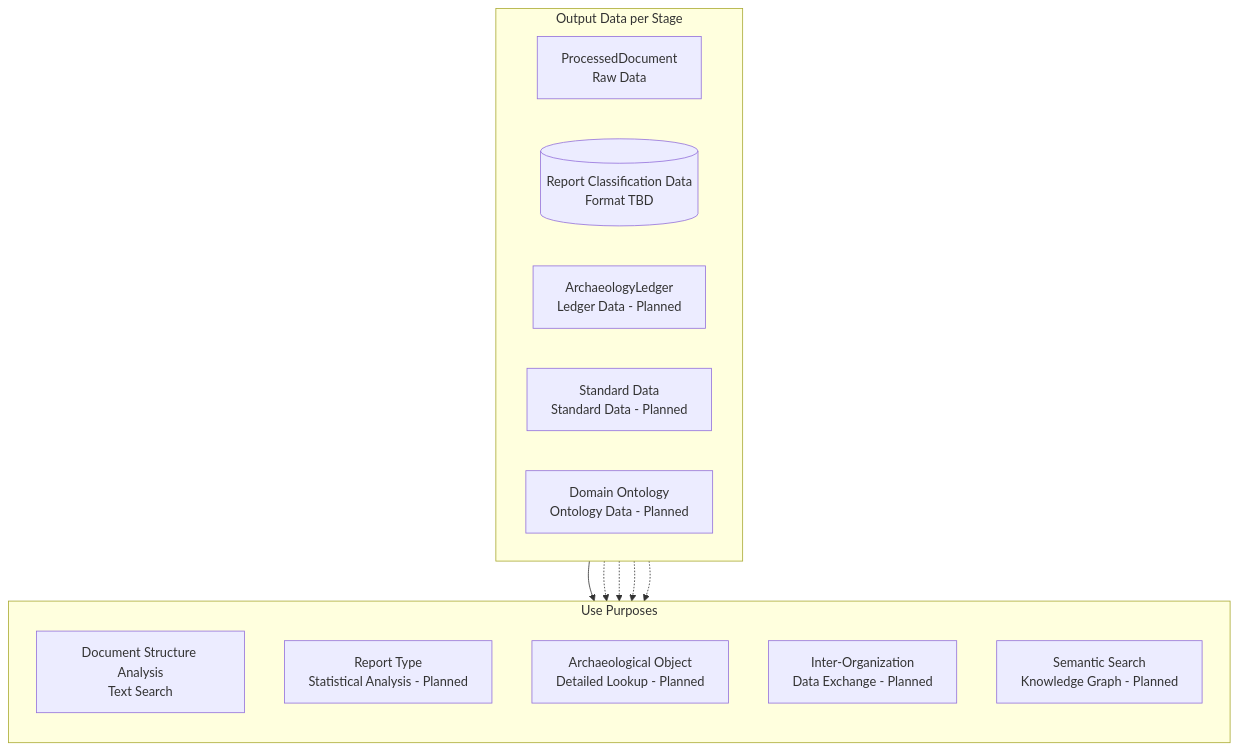
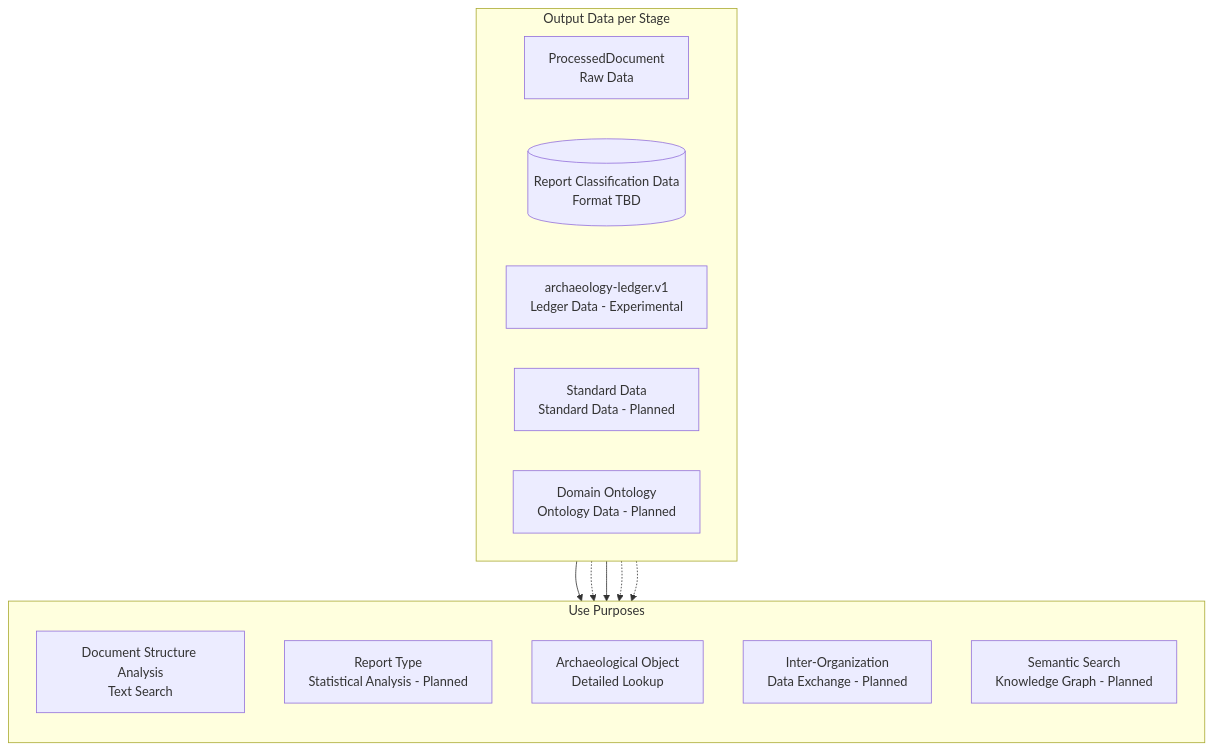
The sixth of 6 diagrams in docs/architecture.md (heripo-lab/heripo-engine), drawn with Mermaid before and after one commit. The commit also changed other lines of this file and 12 other files, not shown here.

````diff
--- a/docs/architecture.md
+++ b/docs/architecture.md
@@ -428,26 +475,26 @@
 ```mermaid
 flowchart TB
     subgraph Data[Output Data per Stage]
         direction LR
         D1[ProcessedDocument<br/>Raw Data]
         D2[(Report Classification Data<br/>Format TBD)]
-        D3[ArchaeologyLedger<br/>Ledger Data - Planned]
+        D3[archaeology-ledger.v1<br/>Ledger Data - Experimental]
         D4[Standard Data<br/>Standard Data - Planned]
         D5[Domain Ontology<br/>Ontology Data - Planned]
     end
 
     subgraph Usage[Use Purposes]
         direction TB
         U1[Document Structure Analysis<br/>Text Search]
         U2[Report Type<br/>Statistical Analysis - Planned]
-        U3[Archaeological Object<br/>Detailed Lookup - Planned]
+        U3[Archaeological Object<br/>Detailed Lookup]
         U4[Inter-Organization<br/>Data Exchange - Planned]
         U5[Semantic Search<br/>Knowledge Graph - Planned]
     end
 
     D1 --> U1
     D2 -.-> U2
-    D3 -.-> U3
+    D3 --> U3
     D4 -.-> U4
     D5 -.-> U5
 ```
````
